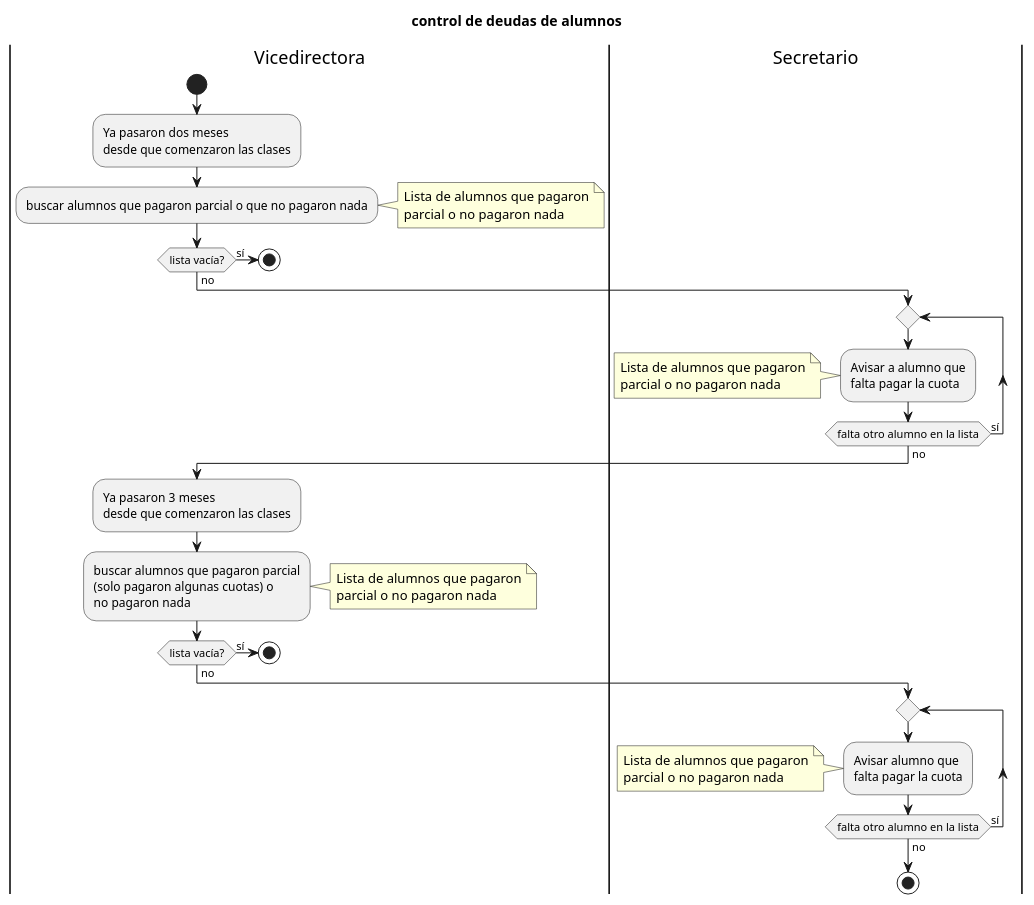
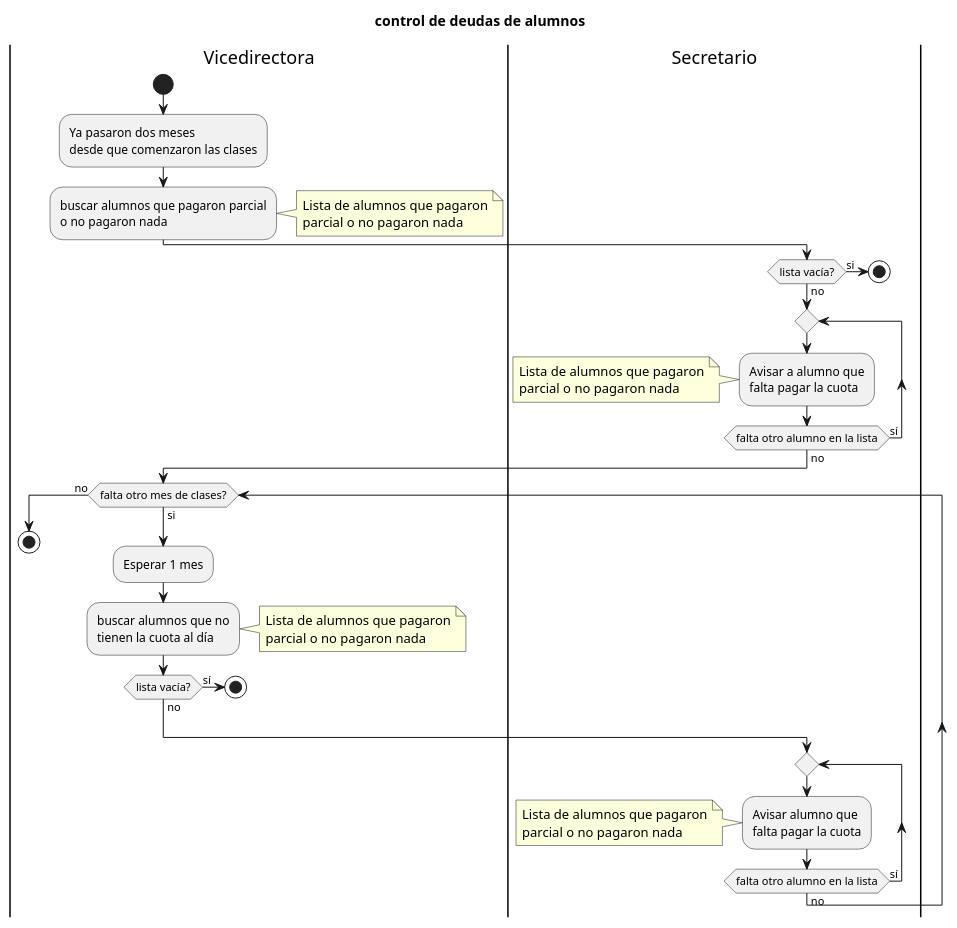
The diagram in control_deuda_alumnos.pu (esteban4321duran/americana-docs), drawn with PlantUML before and after one commit.

Commit message:
correciones de la reunión del día 28-08-26

```diff
--- a/control_deuda_alumnos.pu
+++ b/control_deuda_alumnos.pu
@@ -1,57 +1,58 @@
 @startuml
 title control de deudas de alumnos
 |Vicedirectora|
 start
 :Ya pasaron dos meses
 desde que comenzaron las clases;
-:buscar alumnos que pagaron parcial o que no pagaron nada;
+:buscar alumnos que pagaron parcial
+o no pagaron nada;
 
 note right
 Lista de alumnos que pagaron
 parcial o no pagaron nada
 end note
 
-if(lista vacía?) then (sí)
+|Secretario|
+if(lista vacía?) then (si)
 	stop
 else (no)
+	repeat
+	:Avisar a alumno que
+	falta pagar la cuota;
+	note left
+	Lista de alumnos que pagaron
+	parcial o no pagaron nada
+	end note
+	repeat while (falta otro alumno en la lista) is (sí) not (no)
 endif
 
-|Secretario|
-repeat
-:Avisar a alumno que
-falta pagar la cuota;
-note left
-Lista de alumnos que pagaron
-parcial o no pagaron nada
-end note
-repeat while (falta otro alumno en la lista) is (sí) not (no)
+|Vicedirectora|
+while (falta otro mes de clases?) is (si)
+	:Esperar 1 mes;
+	:buscar alumnos que no
+	tienen la cuota al día;
+
+	note right
+	Lista de alumnos que pagaron
+	parcial o no pagaron nada
+	end note
+
+	if(lista vacía?) then (sí)
+		stop
+	else (no)
+	endif
+
+	|Secretario|
+	repeat
+	:Avisar alumno que
+	falta pagar la cuota;
+	note left
+	Lista de alumnos que pagaron
+	parcial o no pagaron nada
+	end note
+	repeat while (falta otro alumno en la lista) is (sí) not (no)
+endwhile (no)
 
 |Vicedirectora|
-:Ya pasaron 3 meses
-desde que comenzaron las clases;
-:buscar alumnos que pagaron parcial 
-(solo pagaron algunas cuotas) o 
-no pagaron nada;
-
-note right
-Lista de alumnos que pagaron
-parcial o no pagaron nada
-end note
-
-if(lista vacía?) then (sí)
-	stop
-else (no)
-endif
-
-|Secretario|
-repeat
-:Avisar alumno que
-falta pagar la cuota;
-note left
-Lista de alumnos que pagaron
-parcial o no pagaron nada
-end note
-repeat while (falta otro alumno en la lista) is (sí) not (no)
-
 stop
 @enduml
```
